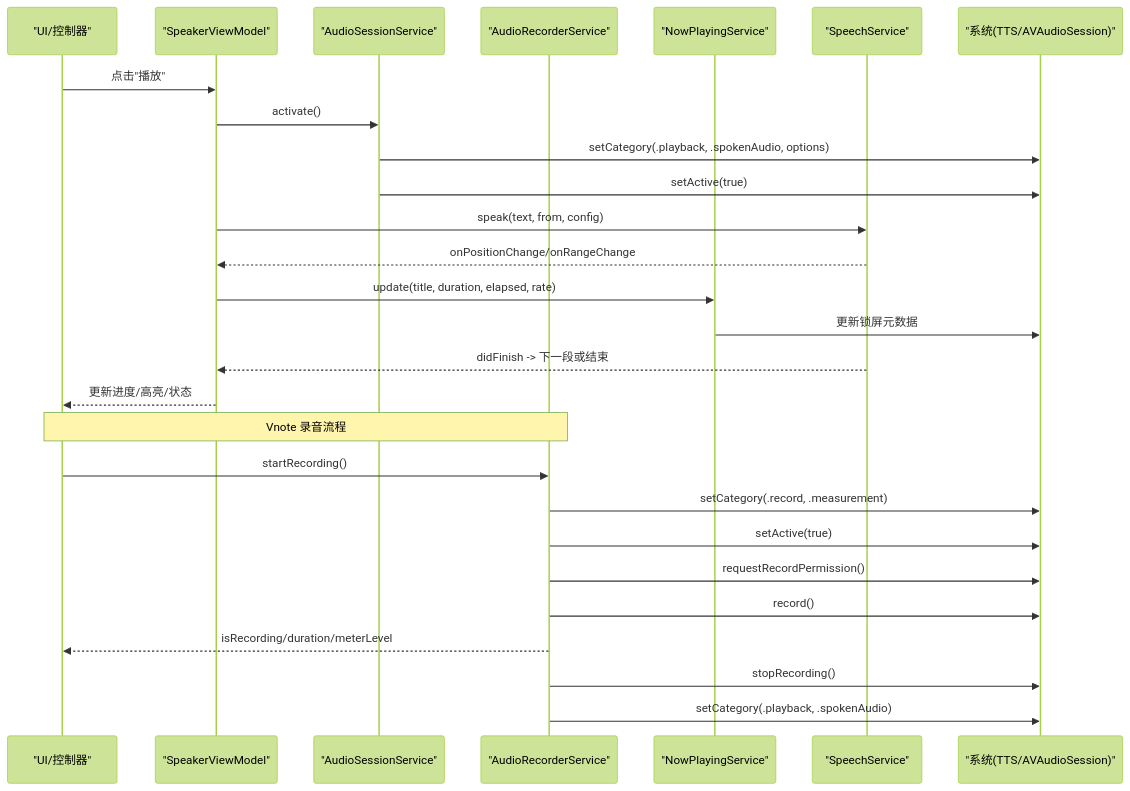
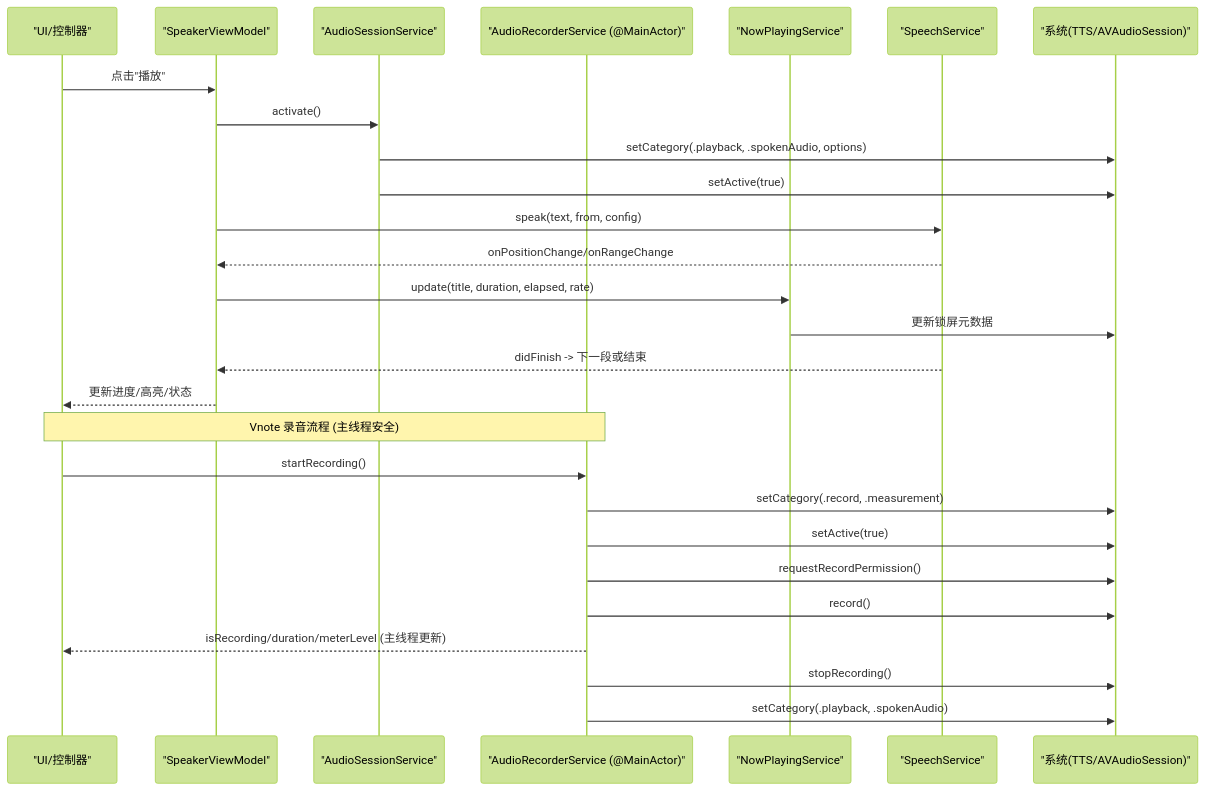
One commit to Primoguo/Knowledge changed the second of 12 diagrams in .qoder/repowiki/zh/content/系统集成/音频会话管理.md. Above: the diagram before and after it, drawn with Mermaid (forest theme). The commit also changed other lines of this file and 15 other files, not shown here.

````diff
--- a/.qoder/repowiki/zh/content/系统集成/音频会话管理.md
+++ b/.qoder/repowiki/zh/content/系统集成/音频会话管理.md
@@ -132,29 +133,29 @@
 ```mermaid
 sequenceDiagram
 participant UI as "UI/控制器"
 participant VM as "SpeakerViewModel"
 participant AS as "AudioSessionService"
-participant AR as "AudioRecorderService"
+participant AR as "AudioRecorderService (@MainActor)"
 participant NP as "NowPlayingService"
 participant SP as "SpeechService"
 participant SYS as "系统(TTS/AVAudioSession)"
 UI->>VM : 点击"播放"
 VM->>AS : activate()
 AS->>SYS : setCategory(.playback, .spokenAudio, options)
 AS->>SYS : setActive(true)
 VM->>SP : speak(text, from, config)
 SP-->>VM : onPositionChange/onRangeChange
 VM->>NP : update(title, duration, elapsed, rate)
 NP->>SYS : 更新锁屏元数据
 SP-->>VM : didFinish -> 下一段或结束
 VM-->>UI : 更新进度/高亮/状态
-Note over UI,AR : Vnote 录音流程
+Note over UI,AR : Vnote 录音流程 (主线程安全)
 UI->>AR : startRecording()
 AR->>SYS : setCategory(.record, .measurement)
 AR->>SYS : setActive(true)
 AR->>SYS : requestRecordPermission()
 AR->>SYS : record()
-AR-->>UI : isRecording/duration/meterLevel
+AR-->>UI : isRecording/duration/meterLevel (主线程更新)
 AR->>SYS : stopRecording()
 AR->>SYS : setCategory(.playback, .spokenAudio)
 ```
````
